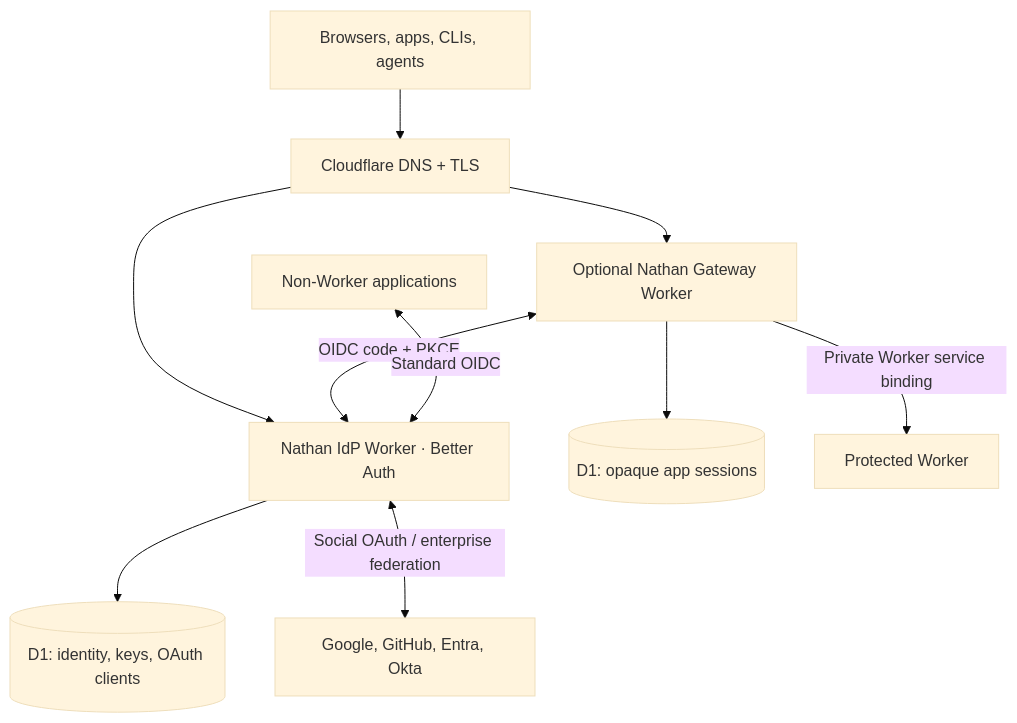
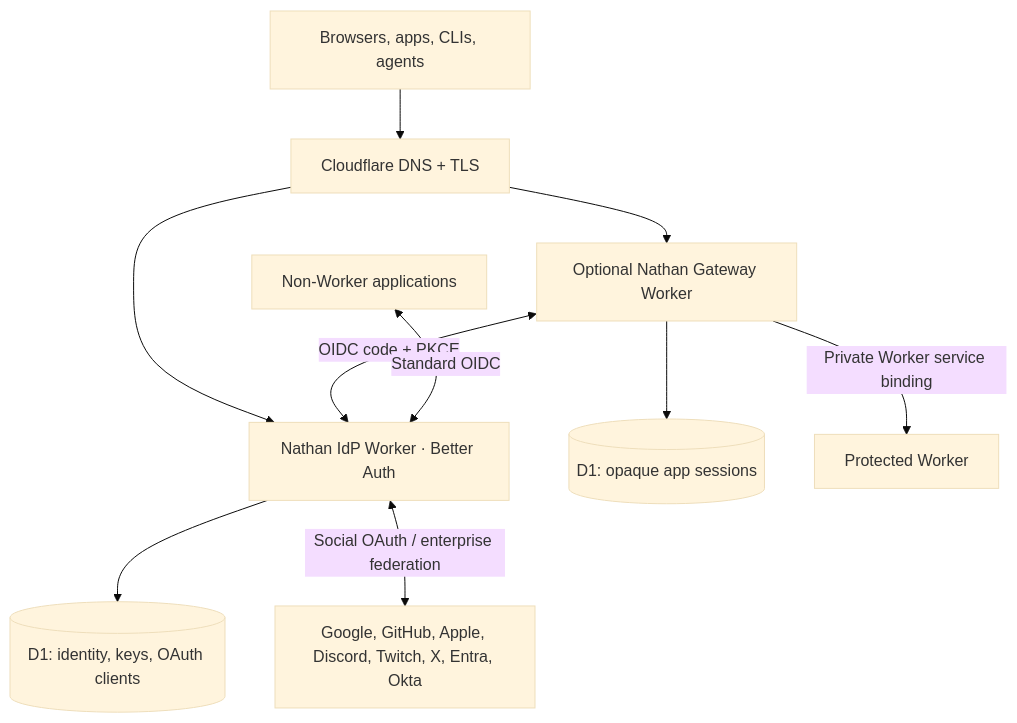
One commit to gmackie/nathan changed the diagram in README.md. Above: the diagram before and after it, drawn with Mermaid (base theme). The commit also changed other lines of this file and 29 other files, not shown here.

Commit message:
NATH-9: guided social login for Google, Apple, Twitch, Discord, GitHub and X (#2)

````diff
--- a/README.md
+++ b/README.md
@@ -22,12 +22,12 @@
 ```mermaid
 flowchart TB
   Visitor["Browsers, apps, CLIs, agents"] --> CF["Cloudflare DNS + TLS"]
   CF --> IdP["Nathan IdP Worker · Better Auth"]
   CF --> GW["Optional Nathan Gateway Worker"]
   IdP --> IdentityDB[("D1: identity, keys, OAuth clients")]
   GW --> GatewayDB[("D1: opaque app sessions")]
   GW -->|"Private Worker service binding"| Protected["Protected Worker"]
   GW <-->|"OIDC code + PKCE"| IdP
-  IdP <-->|"Social OAuth / enterprise federation"| Upstream["Google, GitHub, Entra, Okta"]
+  IdP <-->|"Social OAuth / enterprise federation"| Upstream["Google, GitHub, Apple, Discord, Twitch, X, Entra, Okta"]
   External["Non-Worker applications"] <-->|"Standard OIDC"| IdP
 ```
````
